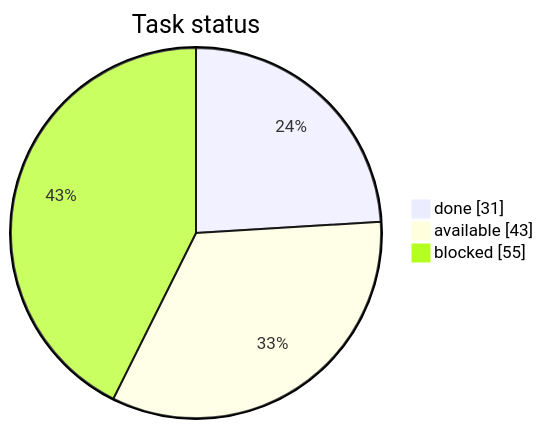
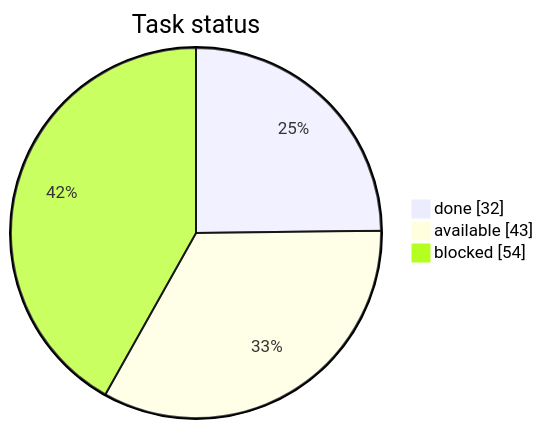
Before and after one commit to artemiiShabanov/RallyRivals: the first of 3 diagrams in STATUS.md, drawn with Mermaid. The commit also changed other lines of this file and 9 other files, not shown here.

````diff
--- a/STATUS.md
+++ b/STATUS.md
@@ -7,7 +7,7 @@
 ```mermaid
 pie showData
     title Task status
-    "done" : 31
+    "done" : 32
     "available" : 43
-    "blocked" : 55
+    "blocked" : 54
 ```
````
